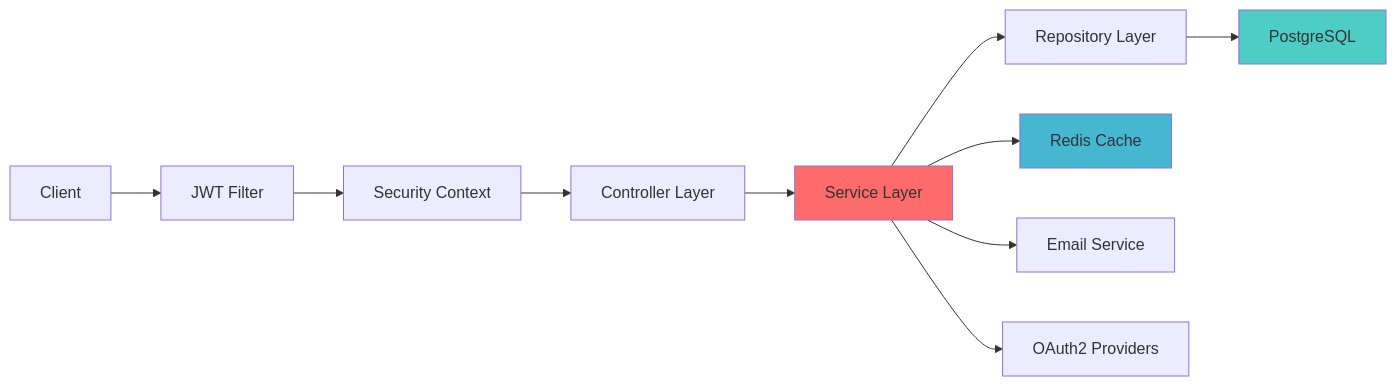
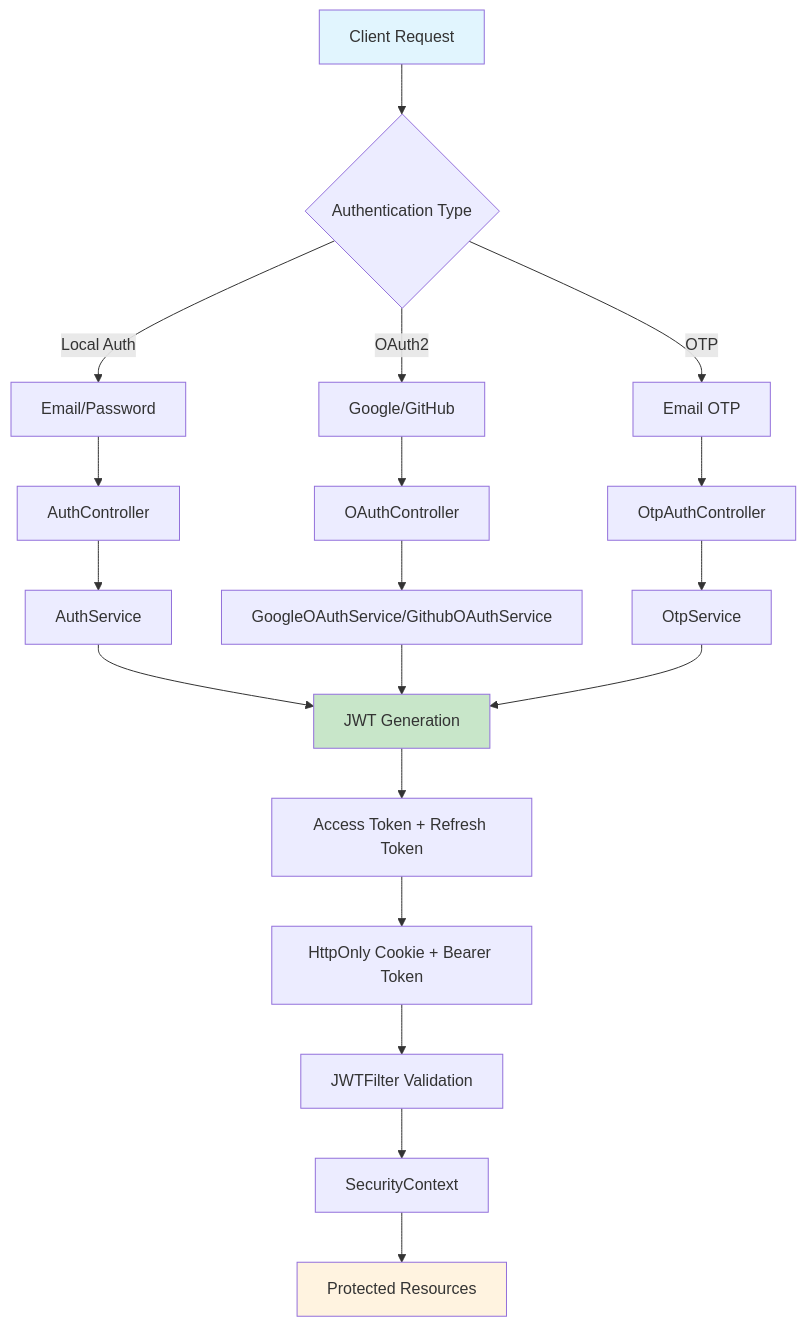
One commit to Get0Suguru/Auth-Bouncer changed the diagram in README.md. Above: the diagram before and after it, drawn with Mermaid. The commit also changed 1 other file, not shown here.

Commit message:
Readme makeup

````diff
--- a/README.md
+++ b/README.md
@@ -18,17 +18,31 @@
 ```mermaid
-graph LR
-    A[Client] --> B[JWT Filter]
-    B --> C[Security Context]
-    C --> D[Controller Layer]
-    D --> E[Service Layer]
-    E --> F[Repository Layer]
-    F --> G[PostgreSQL]
+graph TB
+    A[Client Request] --> B{Authentication Type}
     
-    E --> H[Redis Cache]
-    E --> I[Email Service]
-    E --> J[OAuth2 Providers]
+    B -->|Local Auth| C[Email/Password]
+    B -->|OAuth2| D[Google/GitHub]
+    B -->|OTP| E[Email OTP]
     
-    style E fill:#ff6b6b
-    style G fill:#4ecdc4
-    style H fill:#45b7d1
+    C --> F[AuthController]
+    D --> G[OAuthController]
+    E --> H[OtpAuthController]
+    
+    F --> I[AuthService]
+    G --> J[GoogleOAuthService/GithubOAuthService]
+    H --> K[OtpService]
+    
+    I --> L[JWT Generation]
+    J --> L
+    K --> L
+    
+    L --> M[Access Token + Refresh Token]
+    M --> N[HttpOnly Cookie + Bearer Token]
+    
+    N --> O[JWTFilter Validation]
+    O --> P[SecurityContext]
+    P --> Q[Protected Resources]
+    
+    style A fill:#e1f5fe
+    style L fill:#c8e6c9
+    style Q fill:#fff3e0
 ```
````
